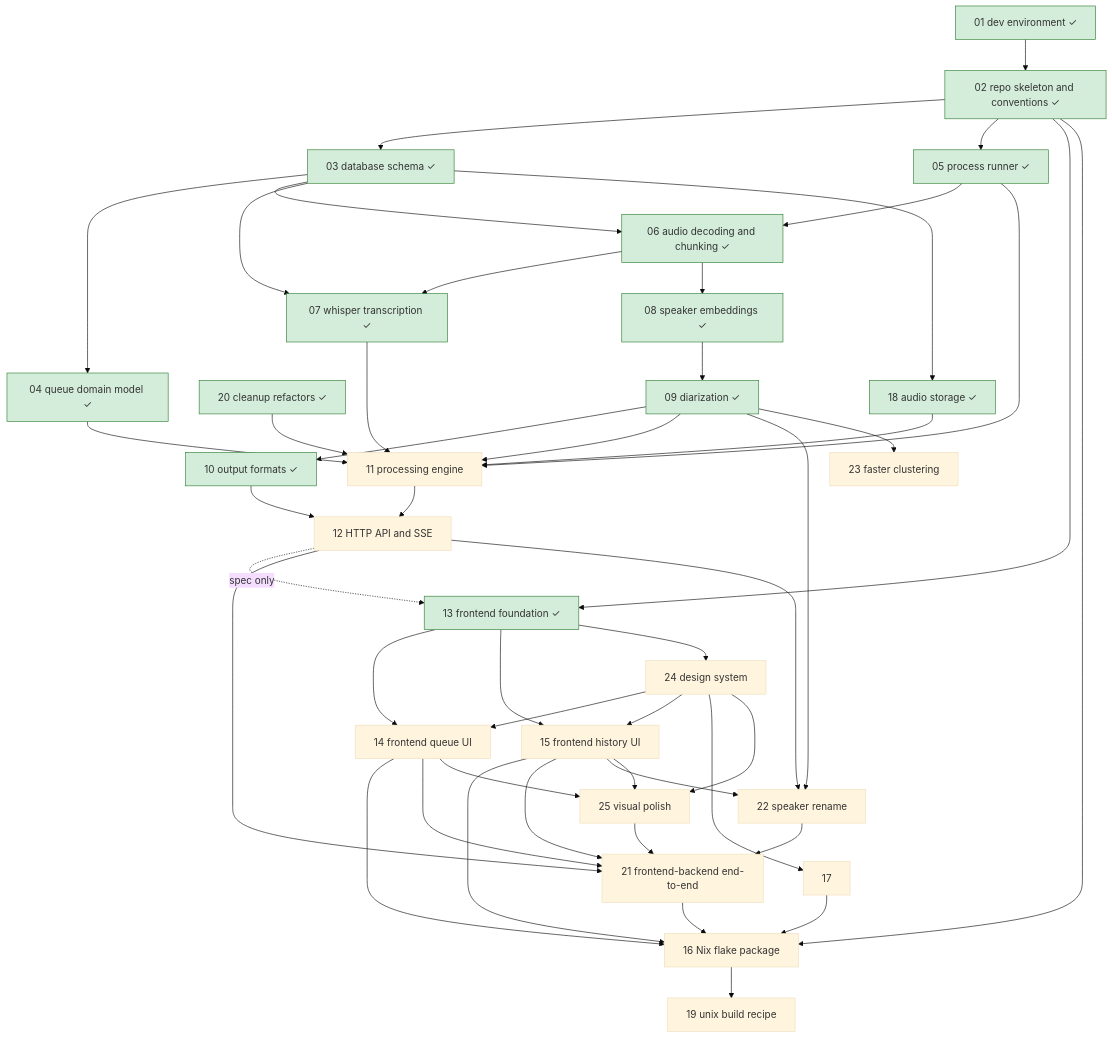
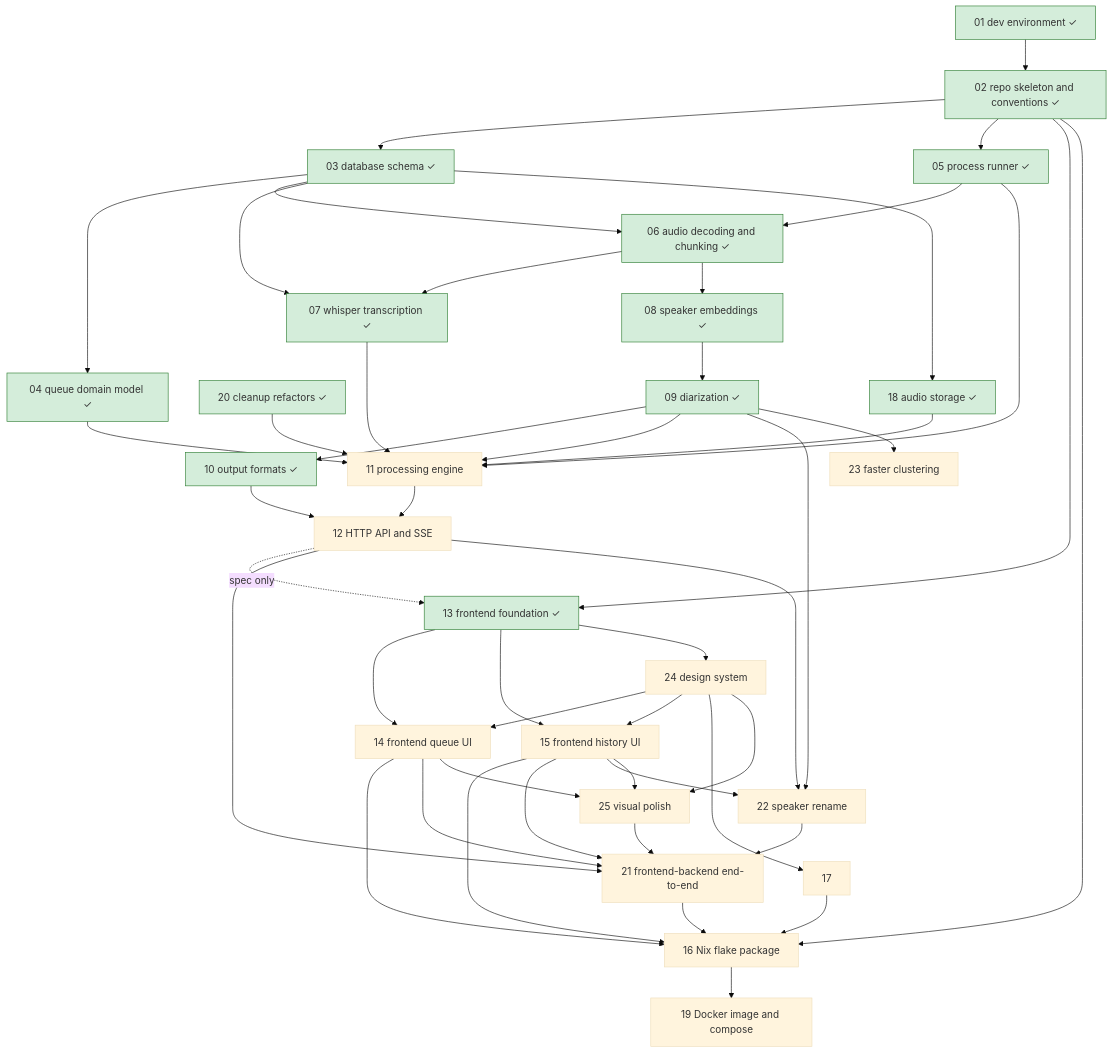
Before and after one commit to lulu-berlin/speech-to-text-app: the diagram in roadmap/README.md, drawn with Mermaid (base theme). The commit also changed other lines of this file, not shown here.

Commit message:
Point item 19 row and graph at the Docker item

````diff
--- a/roadmap/README.md
+++ b/roadmap/README.md
@@ -17,51 +17,51 @@
 ```mermaid
 graph TD
   01[01 dev environment ✓]:::done --> 02[02 repo skeleton and conventions ✓]:::done
   02 --> 03[03 database schema ✓]:::done
   03 --> 04[04 queue domain model ✓]:::done
   02 --> 05[05 process runner ✓]:::done
   05 --> 06[06 audio decoding and chunking ✓]:::done
   03 --> 06
   06 --> 07[07 whisper transcription ✓]:::done
   03 --> 07
   06 --> 08[08 speaker embeddings ✓]:::done
   08 --> 09[09 diarization ✓]:::done
   09 --> 10[10 output formats ✓]:::done
   04 --> 11[11 processing engine]
   05 --> 11
   07 --> 11
   09 --> 11
   03 --> 18[18 audio storage ✓]:::done
   18 --> 11
   20 --> 11
   11 --> 12[12 HTTP API and SSE]
   10 --> 12
   02 --> 13[13 frontend foundation ✓]:::done
   12 -. spec only .-> 13
   13 --> 14[14 frontend queue UI]
   13 --> 15[15 frontend history UI]
   02 --> 16[16 Nix flake package]
   14 --> 16
   15 --> 16
   17 --> 16
   20[20 cleanup refactors ✓]:::done
   12 --> 21[21 frontend-backend end-to-end]
   14 --> 21
   15 --> 21
   22 --> 21
   25 --> 21
-  16 --> 19[19 unix build recipe]
+  16 --> 19[19 Docker image and compose]
   21 --> 16
   09 --> 22[22 speaker rename]
   12 --> 22
   15 --> 22
   09 --> 23[23 faster clustering]
   13 --> 24[24 design system]
   24 --> 14
   24 --> 15
   24 --> 17
   24 --> 25[25 visual polish]
   14 --> 25
   15 --> 25
   classDef done fill:#d4edda,stroke:#2e7d32
 ```
````
